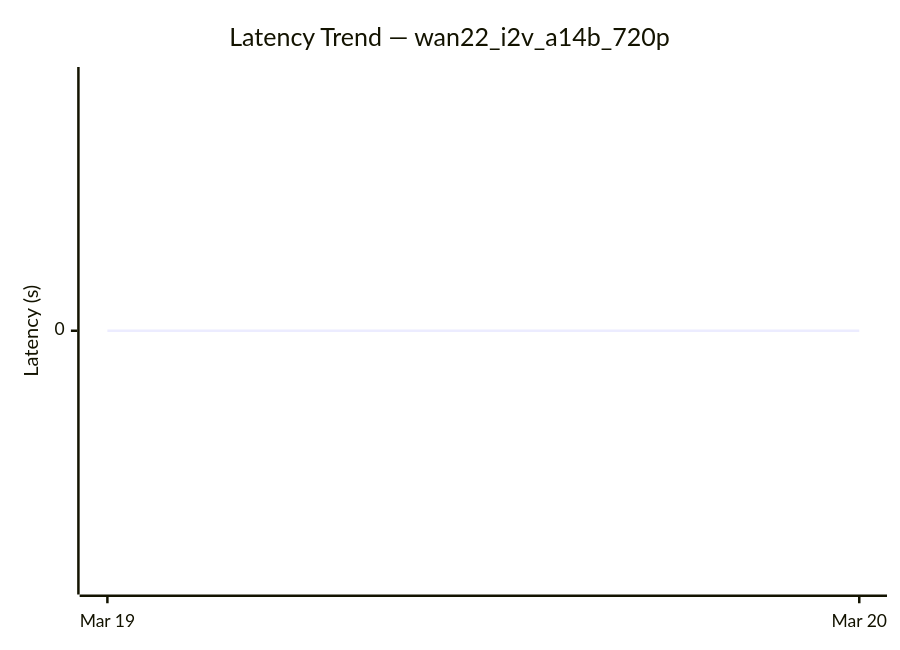
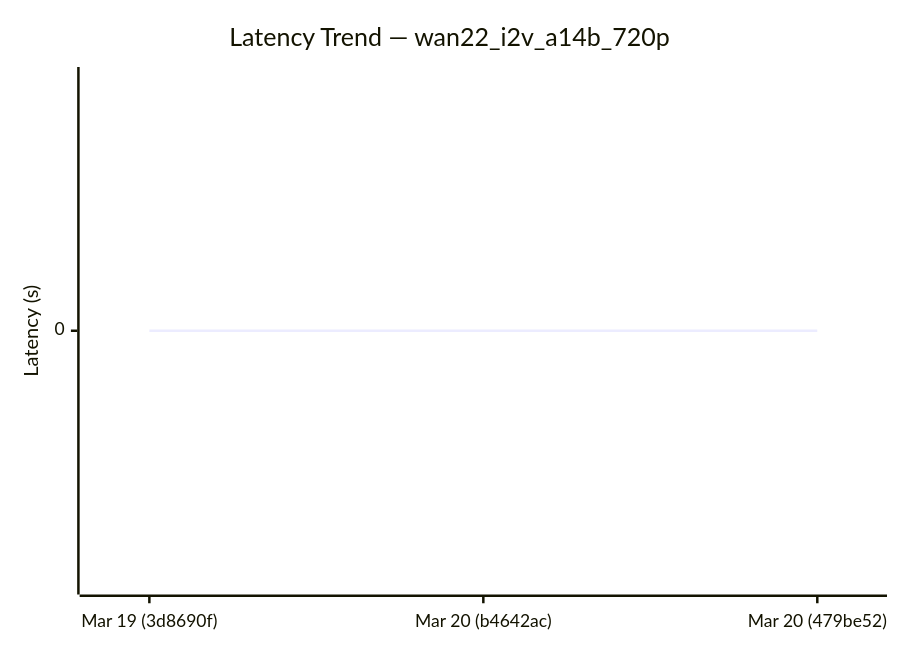
The eighth of 9 diagrams in diffusion-comparisons/dashboard.md (sglang-bot/sglang-ci-data), drawn with Mermaid before and after one commit. The commit also changed other lines of this file and 1 other file, not shown here.

````diff
--- a/diffusion-comparisons/dashboard.md
+++ b/diffusion-comparisons/dashboard.md
@@ -119,7 +120,7 @@
 ```mermaid
 xychart-beta
   title "Latency Trend — wan22_i2v_a14b_720p"
-  x-axis ["Mar 19", "Mar 20"]
+  x-axis ["Mar 19 (3d8690f)", "Mar 20 (b4642ac)", "Mar 20 (479be52)"]
   y-axis "Latency (s)" 0 --> 0
-  line [0.00, 0.00]
+  line [0.00, 0.00, 0.00]
 ```
````
